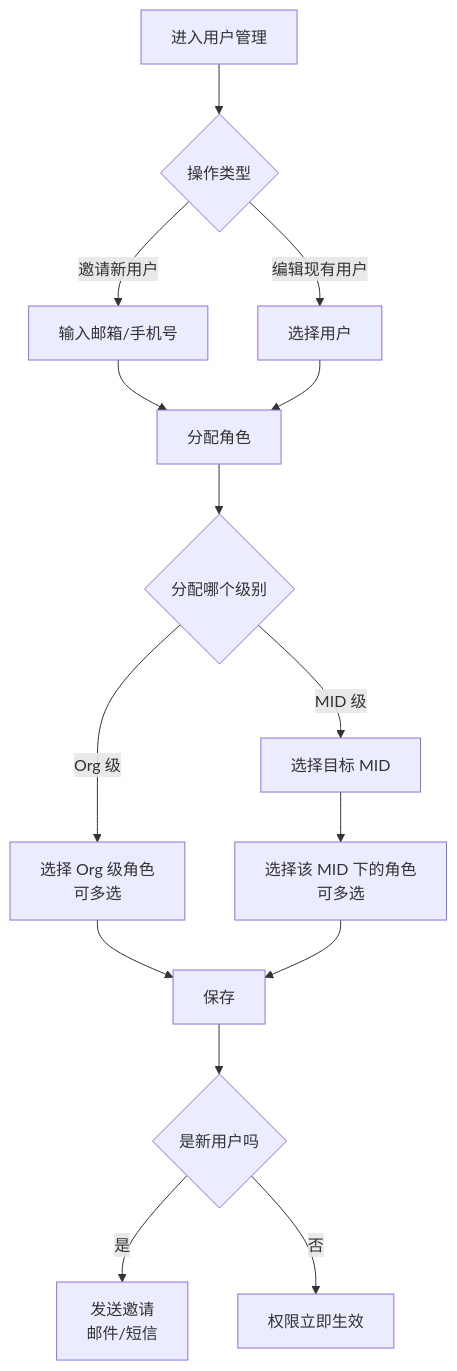
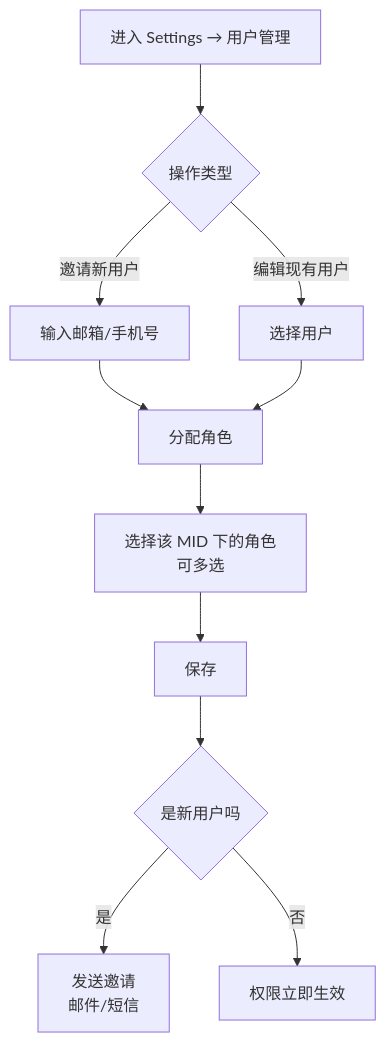
The seventh of 13 diagrams in USERPERMISSIONS/prd/Users-Roles-Permissions.md (xiaoxiaoangie/EX-NEW), drawn with Mermaid before and after one commit. The commit also changed other lines of this file and 30 other files, not shown here.

````diff
--- a/USERPERMISSIONS/prd/Users-Roles-Permissions.md
+++ b/USERPERMISSIONS/prd/Users-Roles-Permissions.md
@@ -510,23 +630,17 @@
 ```mermaid
 flowchart TD
-    A[进入用户管理] --> B{操作类型}
+    A[进入 Settings → 用户管理] --> B{操作类型}
 
     B -->|邀请新用户| C[输入邮箱/手机号]
     B -->|编辑现有用户| D[选择用户]
 
     C --> E[分配角色]
     D --> E
 
-    E --> E1{分配哪个级别}
-    E1 -->|Org 级| F1[选择 Org 级角色<br/>可多选]
-    E1 -->|MID 级| F2[选择目标 MID]
-
-    F2 --> F3[选择该 MID 下的角色<br/>可多选]
-
-    F1 --> G[保存]
-    F3 --> G
+    E --> F[选择该 MID 下的角色<br/>可多选]
+    F --> G[保存]
 
     G --> H{是新用户吗}
     H -->|是| I[发送邀请<br/>邮件/短信]
     H -->|否| J[权限立即生效]
 ```
````
